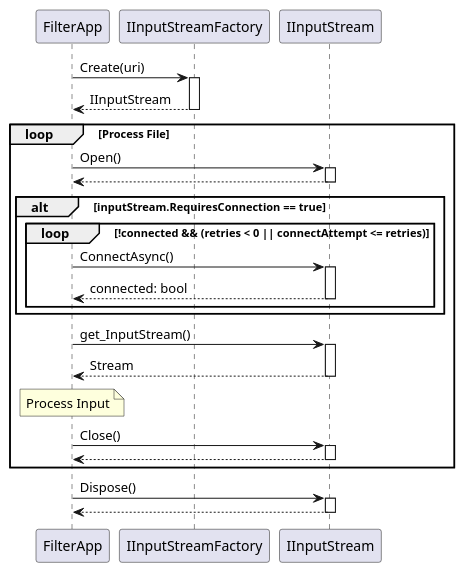
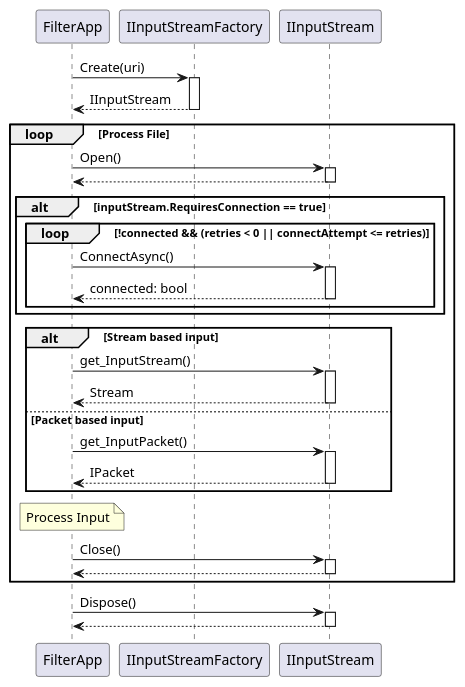
The diagram in apps/DltDump/docs/diagrams/inputstream.plantuml (jcurl/RJCP.DLL.Log), drawn with PlantUML before and after one commit. The commit also changed 4 other files, not shown here.

First line of the commit message:
DltDump: Update design for `TracePacketReader` and UDP input data

```diff
--- a/apps/DltDump/docs/diagrams/inputstream.plantuml
+++ b/apps/DltDump/docs/diagrams/inputstream.plantuml
@@ -1,38 +1,47 @@
 @startuml Domain.InputStream_Sequence
 autoactivate on
 
 FilterApp -> IInputStreamFactory : Create(uri)
 return IInputStream
 
 loop Process File
 
     FilterApp -> IInputStream : Open()
     return
 
     alt inputStream.RequiresConnection == true
 
         loop !connected && (retries < 0 || connectAttempt <= retries)
 
             FilterApp -> IInputStream : ConnectAsync()
             return connected: bool
 
         end
 
     end
 
-    FilterApp -> IInputStream : get_InputStream()
-    return Stream
+    alt Stream based input
+
+        FilterApp -> IInputStream : get_InputStream()
+        return Stream
+
+    else Packet based input
+
+        FilterApp -> IInputStream : get_InputPacket()
+        return IPacket
+
+    end
 
     note over FilterApp
         Process Input
     end note
 
     FilterApp -> IInputStream : Close()
     return
 
 end
 
 FilterApp -> IInputStream : Dispose()
 return
 
 @enduml
```
